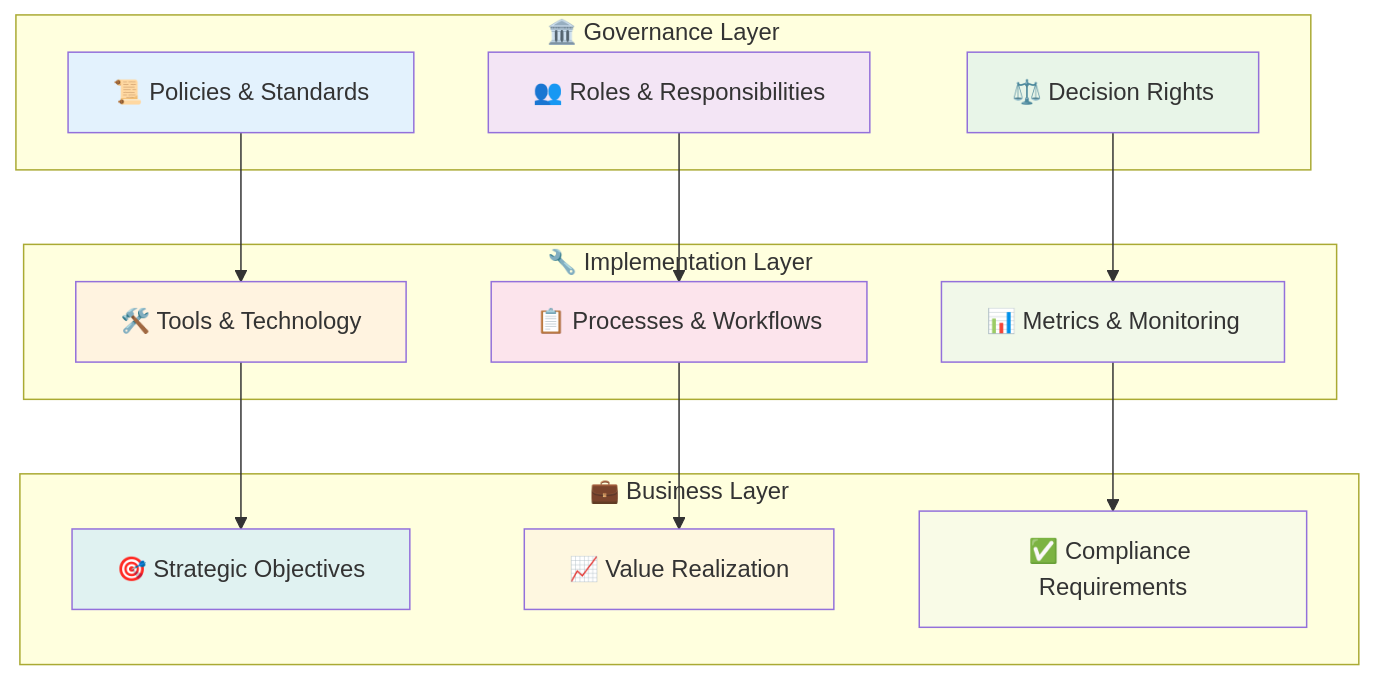
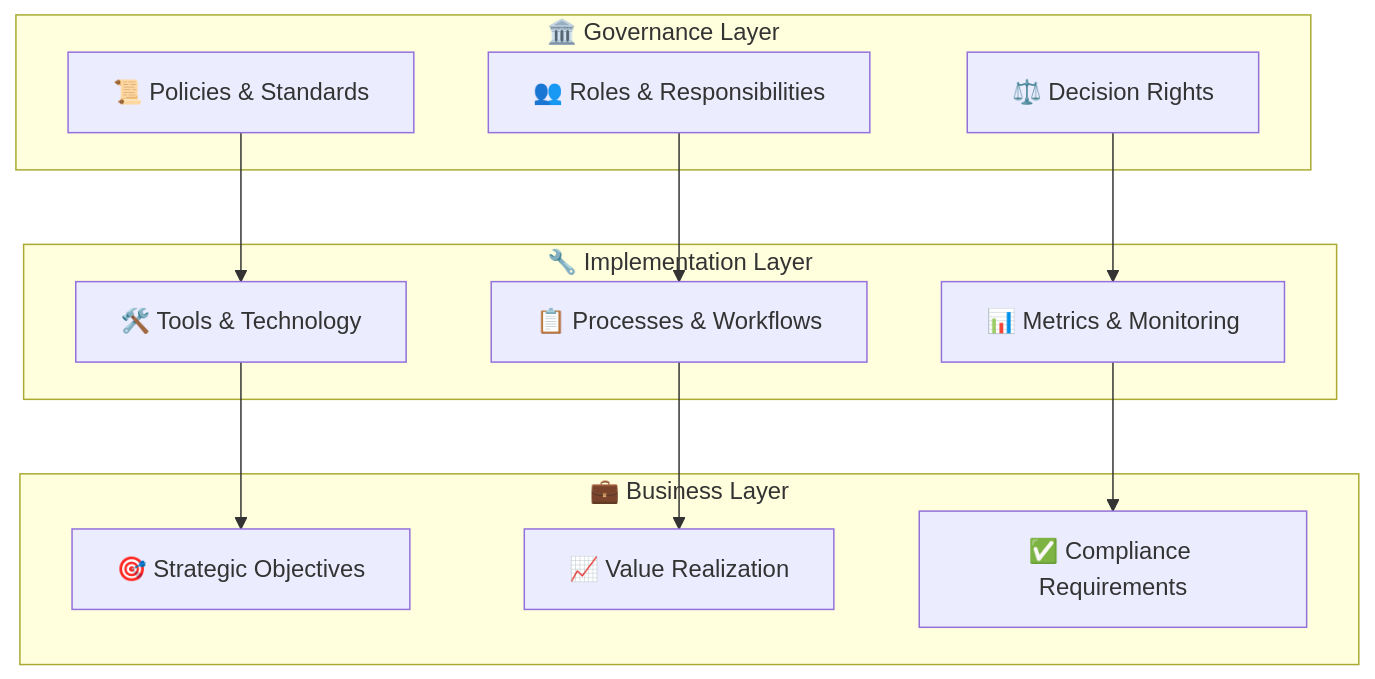
Before and after one commit to JambaAcademy/Data_Governance: the second of 3 diagrams in README.md, drawn with Mermaid. The commit also changed other lines of this file, not shown here.

````diff
--- a/README.md
+++ b/README.md
@@ -349,37 +459,27 @@
 ```mermaid
 graph TB
     subgraph "🏛️ Governance Layer"
         A[📜 Policies & Standards]
         B[👥 Roles & Responsibilities]
         C[⚖️ Decision Rights]
     end
-    
+
     subgraph "🔧 Implementation Layer"
         D[🛠️ Tools & Technology]
         E[📋 Processes & Workflows]
         F[📊 Metrics & Monitoring]
     end
-    
+
     subgraph "💼 Business Layer"
         G[🎯 Strategic Objectives]
         H[📈 Value Realization]
         I[✅ Compliance Requirements]
     end
-    
+
     A --> D
     B --> E
     C --> F
     D --> G
     E --> H
     F --> I
-    
-    style A fill:#e3f2fd
-    style B fill:#f3e5f5
-    style C fill:#e8f5e8
-    style D fill:#fff3e0
-    style E fill:#fce4ec
-    style F fill:#f1f8e9
-    style G fill:#e0f2f1
-    style H fill:#fef7e0
-    style I fill:#f9fbe7
 ```
````
